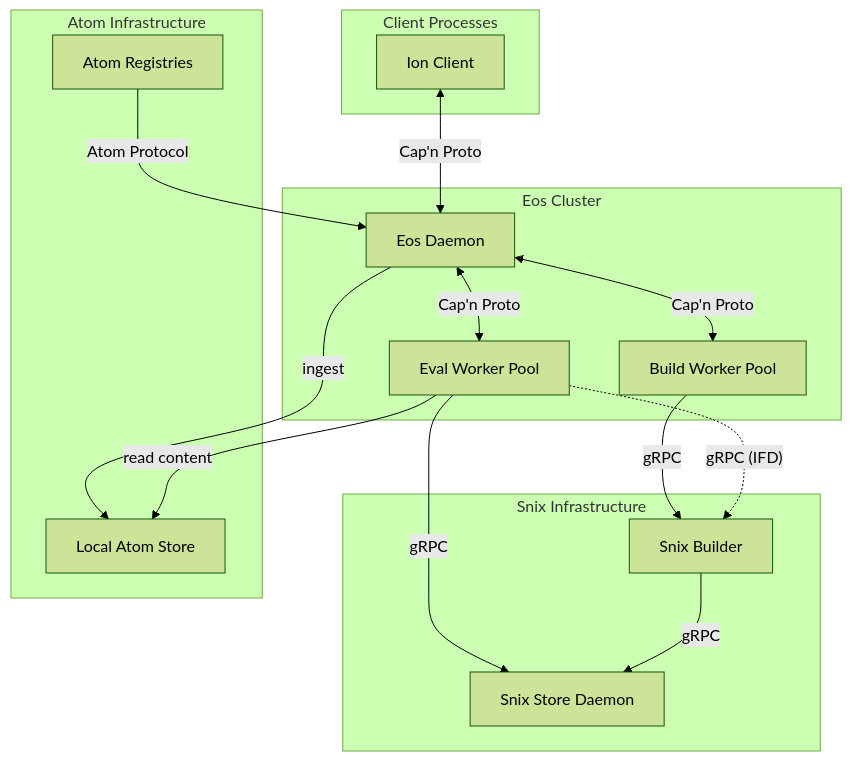
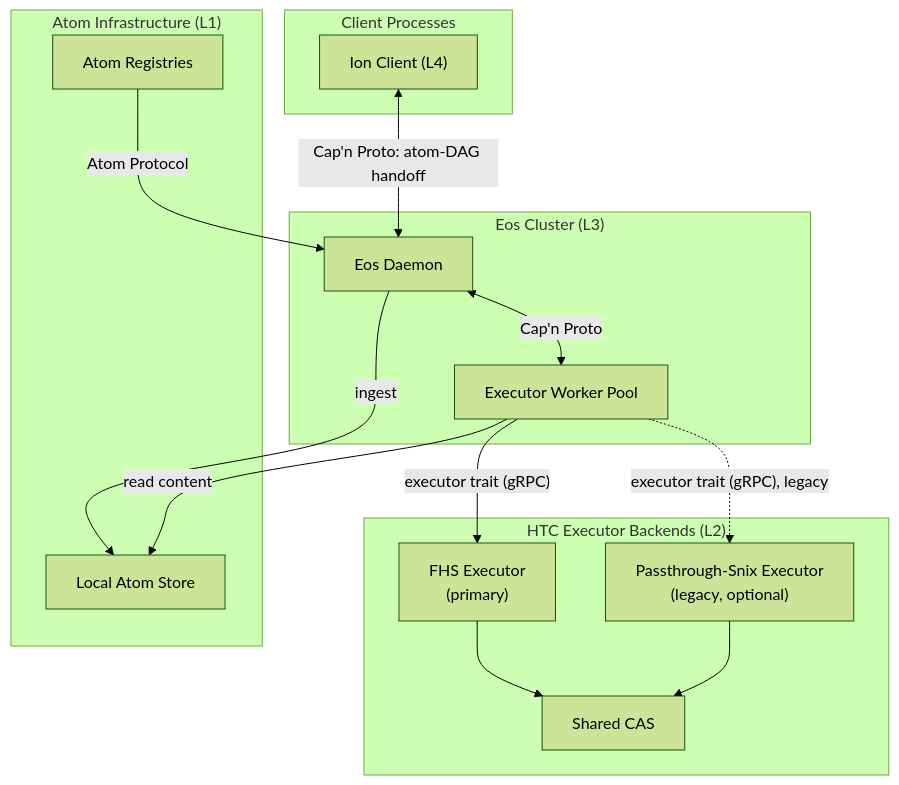
The second of 9 diagrams in docs/architecture/eos-sad.md (axiosoph/axios), drawn with Mermaid (forest theme) before and after one commit. The commit also changed other lines of this file, not shown here.

First line of the commit message:
docs(eos): rewrite eos-sad.md to the atom-DAG scheduler model

````diff
--- a/docs/architecture/eos-sad.md
+++ b/docs/architecture/eos-sad.md
@@ -140,33 +166,32 @@
 ```mermaid
 graph TB
     subgraph "Client Processes"
-        ION["Ion Client"]
+        ION["Ion Client (L4)"]
     end
 
-    subgraph "Eos Cluster"
+    subgraph "Eos Cluster (L3)"
         DAEMON["Eos Daemon"]
-        EWP["Eval Worker Pool"]
-        BWP["Build Worker Pool"]
+        EWP["Executor Worker Pool"]
     end
 
-    subgraph "Snix Infrastructure"
-        STORE["Snix Store Daemon"]
-        BUILDER["Snix Builder"]
+    subgraph "HTC Executor Backends (L2)"
+        FHS["FHS Executor\n(primary)"]
+        SNIXEXEC["Passthrough-Snix Executor\n(legacy, optional)"]
+        STORE["Shared CAS"]
     end
 
-    subgraph "Atom Infrastructure"
+    subgraph "Atom Infrastructure (L1)"
         ASTORE["Local Atom Store"]
         AREG["Atom Registries"]
     end
 
-    ION <-->|"Cap'n Proto"| DAEMON
+    ION <-->|"Cap'n Proto: atom-DAG handoff"| DAEMON
     DAEMON <-->|"Cap'n Proto"| EWP
-    DAEMON <-->|"Cap'n Proto"| BWP
-    EWP -->|"gRPC"| STORE
-    BWP -->|"gRPC"| BUILDER
-    BUILDER -->|"gRPC"| STORE
-    EWP -.->|"gRPC (IFD)"| BUILDER
+    EWP -->|"executor trait (gRPC)"| FHS
+    EWP -.->|"executor trait (gRPC), legacy"| SNIXEXEC
+    FHS --> STORE
+    SNIXEXEC --> STORE
     AREG -->|"Atom Protocol"| DAEMON
     DAEMON -->|"ingest"| ASTORE
     EWP -->|"read content"| ASTORE
 ```
````
